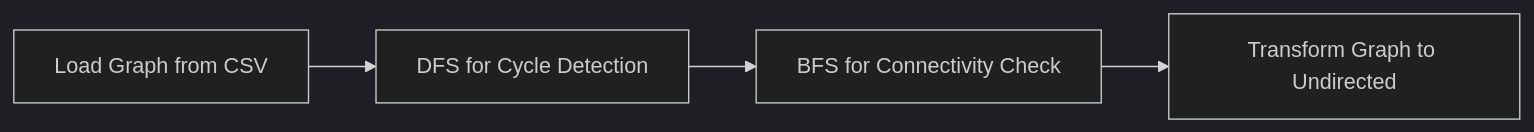
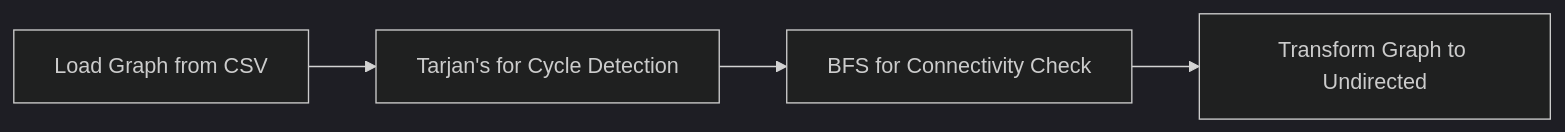
The fifth of 5 diagrams in Document/Functional/FunctionalSpecifications.md (algosup/2024-2025-project-3-quickest-path-team-7), drawn with Mermaid (dark theme) before and after one commit. The commit also changed other lines of this file, not shown here.

````diff
--- a/Document/Functional/FunctionalSpecifications.md
+++ b/Document/Functional/FunctionalSpecifications.md
@@ -572,11 +529,11 @@
 ```mermaid
 flowchart LR
     A[Load Graph from CSV]
-    B[DFS for Cycle Detection]
+    B[Tarjan's for Cycle Detection]
     C[BFS for Connectivity Check]
     D[Transform Graph to Undirected]
     
     A --> B
     B --> C
     C --> D
 ```
````
